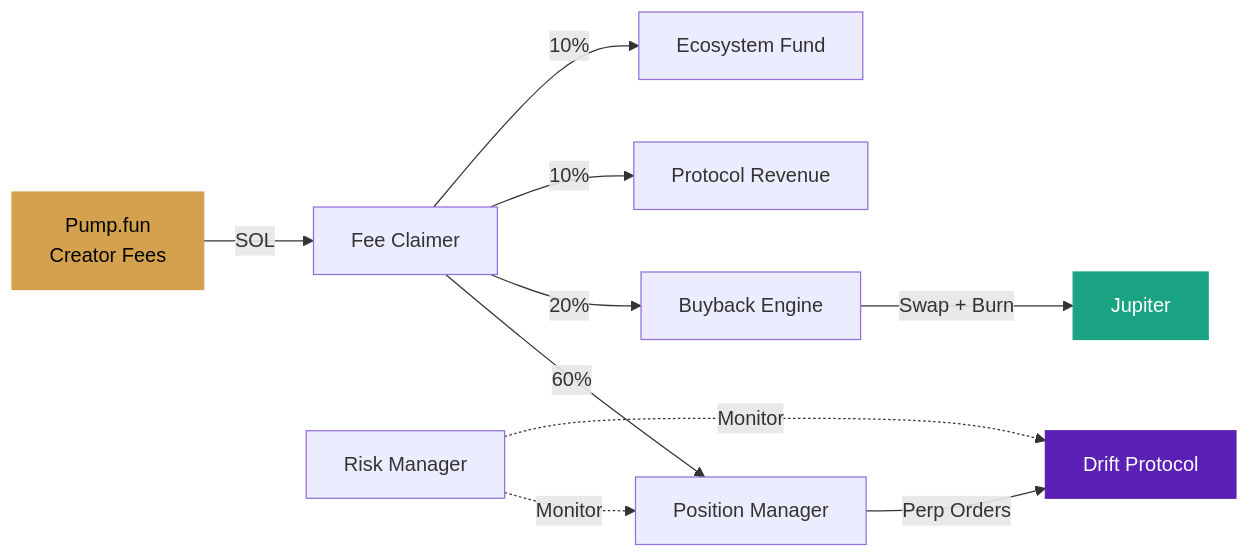
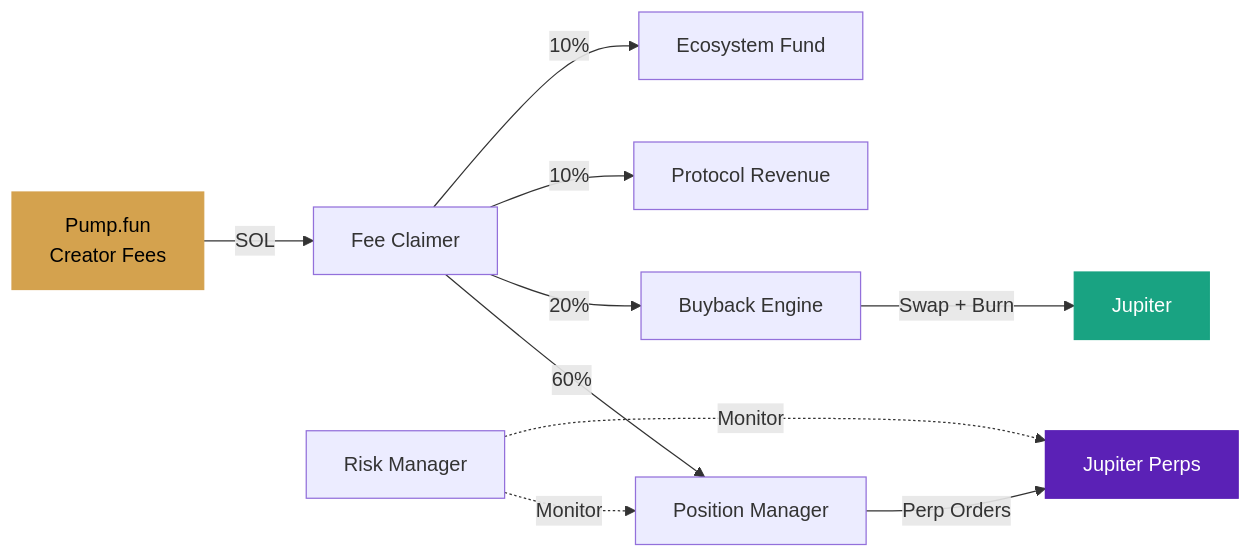
The diagram in README.md (FissionDotFunSOL/fission), drawn with Mermaid before and after one commit. The commit also changed other lines of this file and 12 other files, not shown here.

First line of the commit message:
Migrate perps engine: Drift → Jupiter Perpetuals

````diff
--- a/README.md
+++ b/README.md
@@ -141,16 +141,16 @@
 ```mermaid
 graph LR
     A["Pump.fun<br/>Creator Fees"] -->|SOL| B["Fee Claimer"]
     B -->|60%| C["Position Manager"]
     B -->|20%| D["Buyback Engine"]
     B -->|10%| E["Protocol Revenue"]
     B -->|10%| F["Ecosystem Fund"]
-    C -->|Perp Orders| G["Drift Protocol"]
+    C -->|Perp Orders| G["Jupiter Perps"]
     D -->|Swap + Burn| H["Jupiter"]
     I["Risk Manager"] -.->|Monitor| C
     I -.->|Monitor| G
 
     style A fill:#D4A24E,stroke:#D4A24E,color:#000
     style G fill:#5B21B6,stroke:#5B21B6,color:#fff
     style H fill:#19A382,stroke:#19A382,color:#fff
 ```
````
